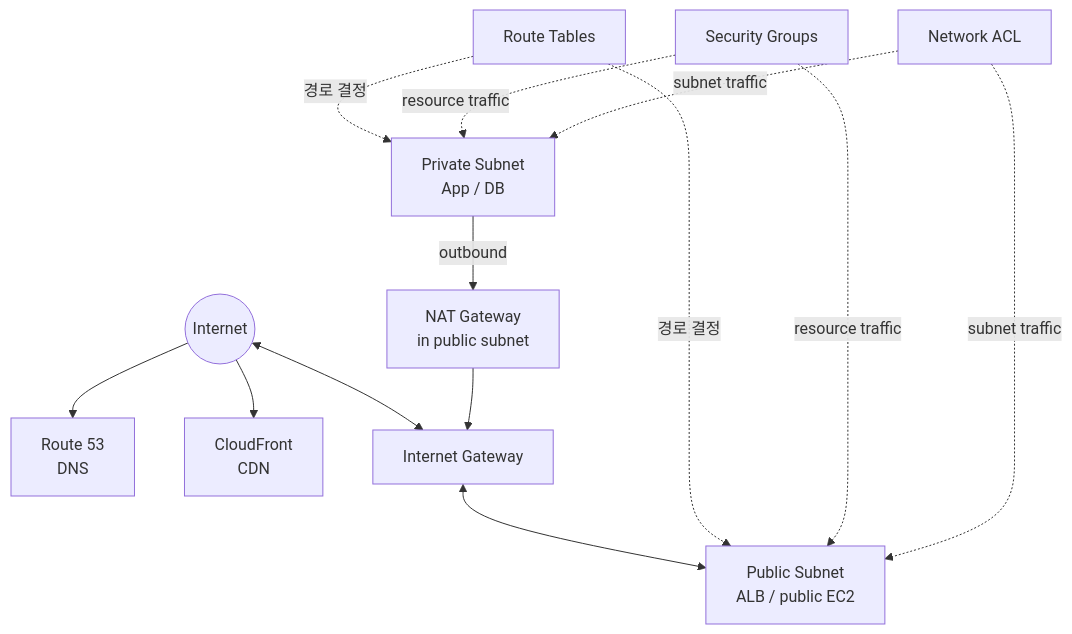
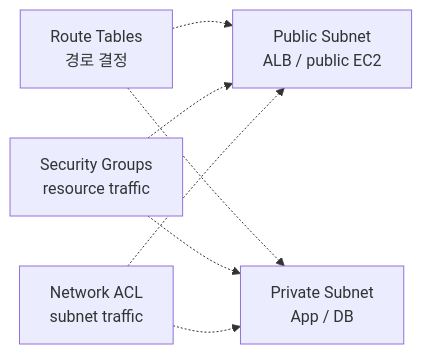
Before and after one commit to noir1458/noir1458.github.io: diagram 20 of 22 in content/posts/02.Security/aws/aws-ccp-study-1/index.md, drawn with Mermaid. The commit also changed other lines of this file and 14 other files, not shown here.

Commit message:
feat: improve diagram readability and CV print control

````diff
--- a/content/posts/02.Security/aws/aws-ccp-study-1/index.md
+++ b/content/posts/02.Security/aws/aws-ccp-study-1/index.md
@@ -1215,15 +1244,9 @@
 ```mermaid
-flowchart TD
-    I((Internet)) --> R53[Route 53<br/>DNS]
-    I --> CF[CloudFront<br/>CDN]
-    I <--> IGW[Internet Gateway]
-    IGW <--> PUB[Public Subnet<br/>ALB / public EC2]
-    PRIV[Private Subnet<br/>App / DB] -->|outbound| NAT[NAT Gateway<br/>in public subnet]
-    NAT --> IGW
-    RT[Route Tables] -.경로 결정.-> PUB
-    RT -.경로 결정.-> PRIV
-    SG[Security Groups] -.resource traffic.-> PUB
-    SG -.resource traffic.-> PRIV
-    NACL[Network ACL] -.subnet traffic.-> PUB
-    NACL -.subnet traffic.-> PRIV
+flowchart LR
+    RT[Route Tables<br/>경로 결정] -.-> PUB[Public Subnet<br/>ALB / public EC2]
+    RT -.-> PRIV[Private Subnet<br/>App / DB]
+    SG[Security Groups<br/>resource traffic] -.-> PUB
+    SG -.-> PRIV
+    NACL[Network ACL<br/>subnet traffic] -.-> PUB
+    NACL -.-> PRIV
 ```
````
